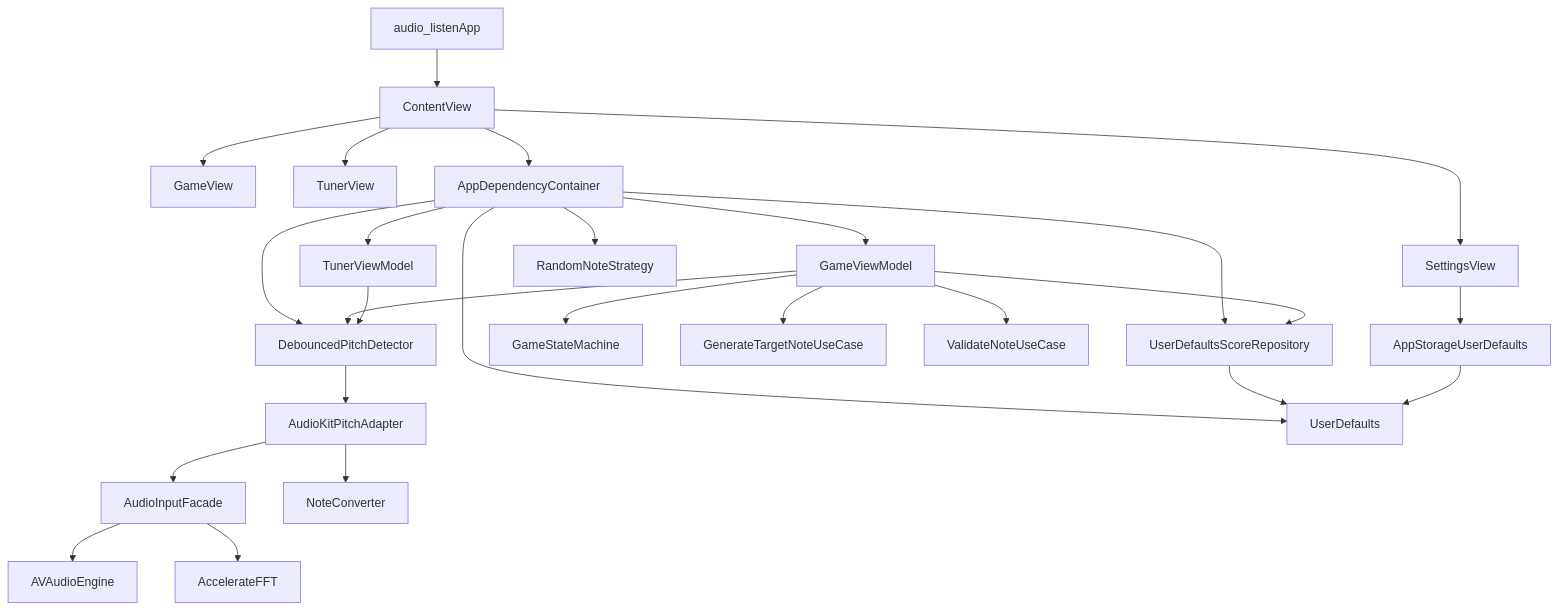
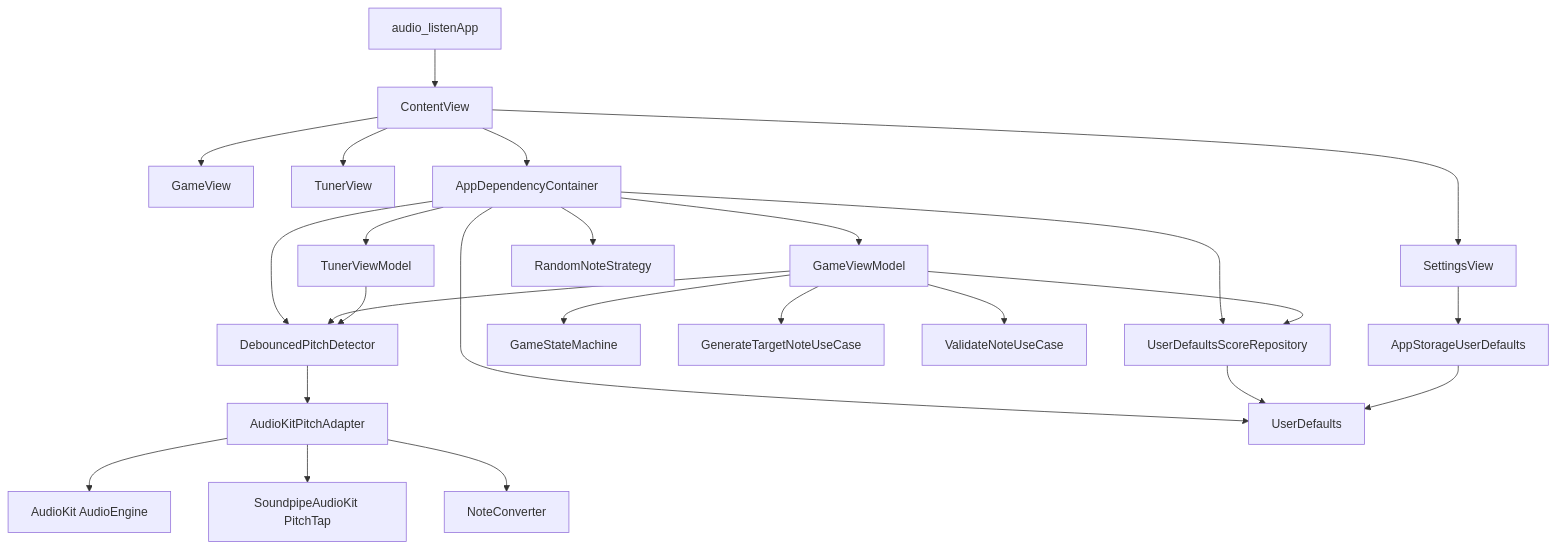
One commit to Yann-b-b/FretBoardCrazies changed the diagram in README.md. Above: the diagram before and after it, drawn with Mermaid. The commit also changed other lines of this file and 12 other files, not shown here.

Commit message:
add: AudioKit Pitch Detector

````diff
--- a/README.md
+++ b/README.md
@@ -57,33 +58,32 @@
 ```mermaid
 flowchart TD
     app[audio_listenApp] --> root[ContentView]
     root --> gameView[GameView]
     root --> tunerView[TunerView]
     root --> settingsView[SettingsView]
     root --> di[AppDependencyContainer]
 
     di --> gameVm[GameViewModel]
     di --> tunerVm[TunerViewModel]
     di --> scoreRepo[UserDefaultsScoreRepository]
     di --> noteStrategy[RandomNoteStrategy]
     di --> detector[DebouncedPitchDetector]
 
     gameVm --> gameStateMachine[GameStateMachine]
     gameVm --> generateUseCase[GenerateTargetNoteUseCase]
     gameVm --> validateUseCase[ValidateNoteUseCase]
     gameVm --> scoreRepo
     gameVm --> detector
 
     tunerVm --> detector
 
     detector --> pitchAdapter[AudioKitPitchAdapter]
-    pitchAdapter --> audioFacade[AudioInputFacade]
+    pitchAdapter --> audioEngine[AudioKit AudioEngine]
+    pitchAdapter --> pitchTap[SoundpipeAudioKit PitchTap]
     pitchAdapter --> noteConverter[NoteConverter]
-    audioFacade --> avAudioEngine[AVAudioEngine]
-    audioFacade --> fft[AccelerateFFT]
 
     settingsView --> appStorage[AppStorageUserDefaults]
     di --> userDefaults[UserDefaults]
     scoreRepo --> userDefaults
     appStorage --> userDefaults
 ```
````
